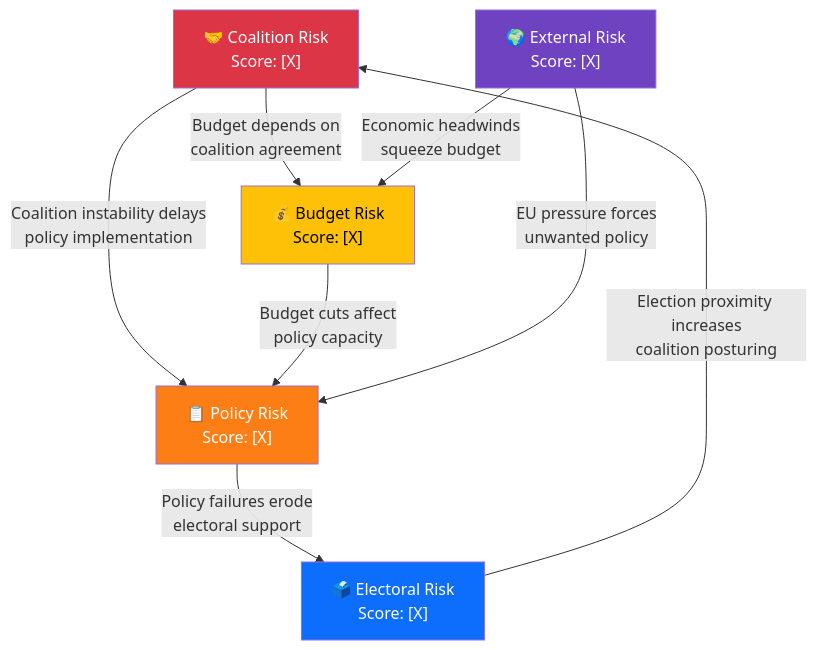
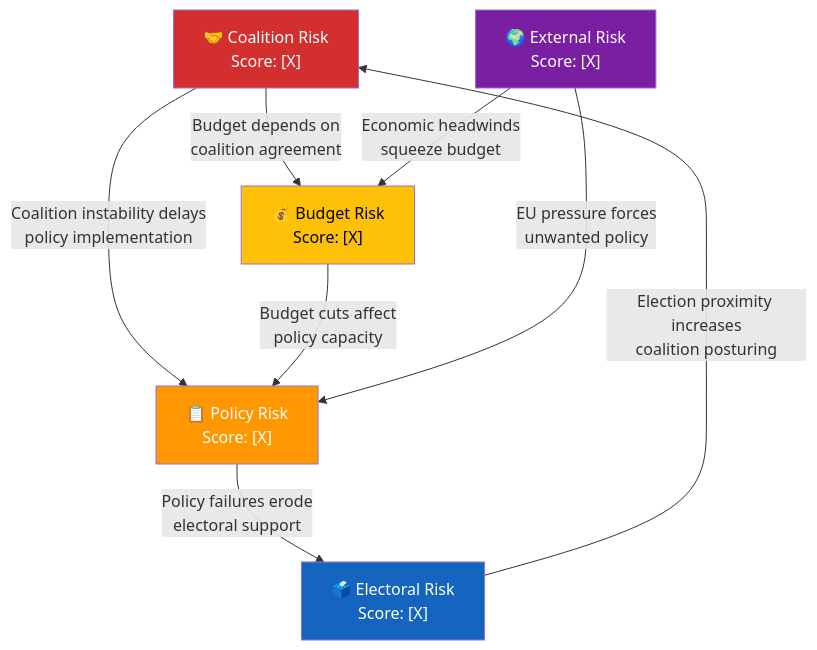
Before and after one commit to Hack23/riksdagsmonitor: the fifth of 7 diagrams in analysis/methodologies/political-risk-methodology.md, drawn with Mermaid. The commit also changed other lines of this file and 14 other files, not shown here.

First line of the commit message:
Align analysis/ mermaid diagrams with ISMS Style Guide palette and convert SWOT to quadrantChart

````diff
--- a/analysis/methodologies/political-risk-methodology.md
+++ b/analysis/methodologies/political-risk-methodology.md
@@ -364,22 +364,22 @@
 ```mermaid
 graph TD
     CR["🤝 Coalition Risk<br/>Score: [X]"]
     PR["📋 Policy Risk<br/>Score: [X]"]
     BR["💰 Budget Risk<br/>Score: [X]"]
     ER["🗳️ Electoral Risk<br/>Score: [X]"]
     XR["🌍 External Risk<br/>Score: [X]"]
 
     CR -->|"Coalition instability delays<br/>policy implementation"| PR
     CR -->|"Budget depends on<br/>coalition agreement"| BR
     PR -->|"Policy failures erode<br/>electoral support"| ER
     BR -->|"Budget cuts affect<br/>policy capacity"| PR
     XR -->|"EU pressure forces<br/>unwanted policy"| PR
     XR -->|"Economic headwinds<br/>squeeze budget"| BR
     ER -->|"Election proximity increases<br/>coalition posturing"| CR
 
-    style CR fill:#dc3545,color:#fff
-    style PR fill:#fd7e14,color:#fff
-    style BR fill:#ffc107,color:#000
-    style ER fill:#0d6efd,color:#fff
-    style XR fill:#6f42c1,color:#fff
+    style CR fill:#D32F2F,color:#FFFFFF
+    style PR fill:#FF9800,color:#FFFFFF
+    style BR fill:#FFC107,color:#000000
+    style ER fill:#1565C0,color:#FFFFFF
+    style XR fill:#7B1FA2,color:#FFFFFF
 ```
````
